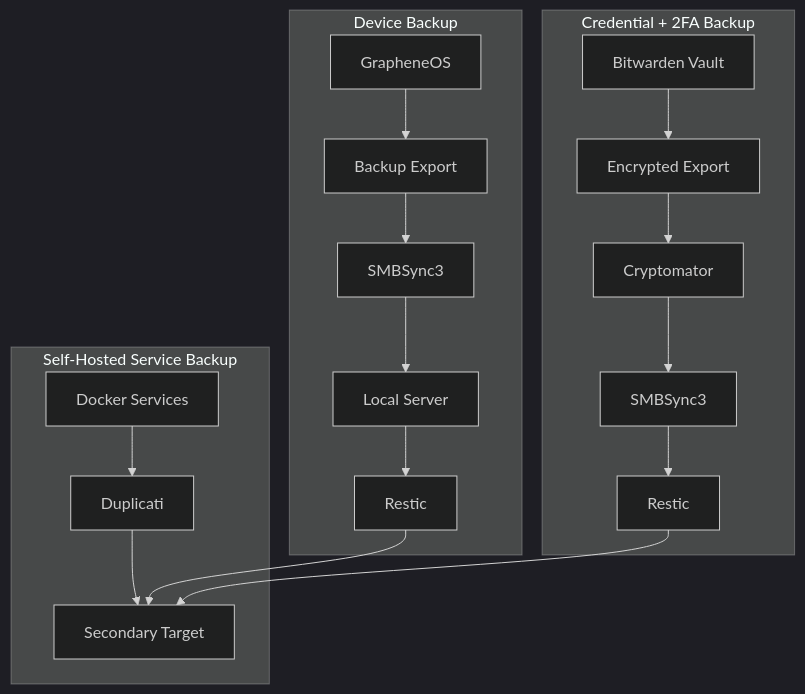
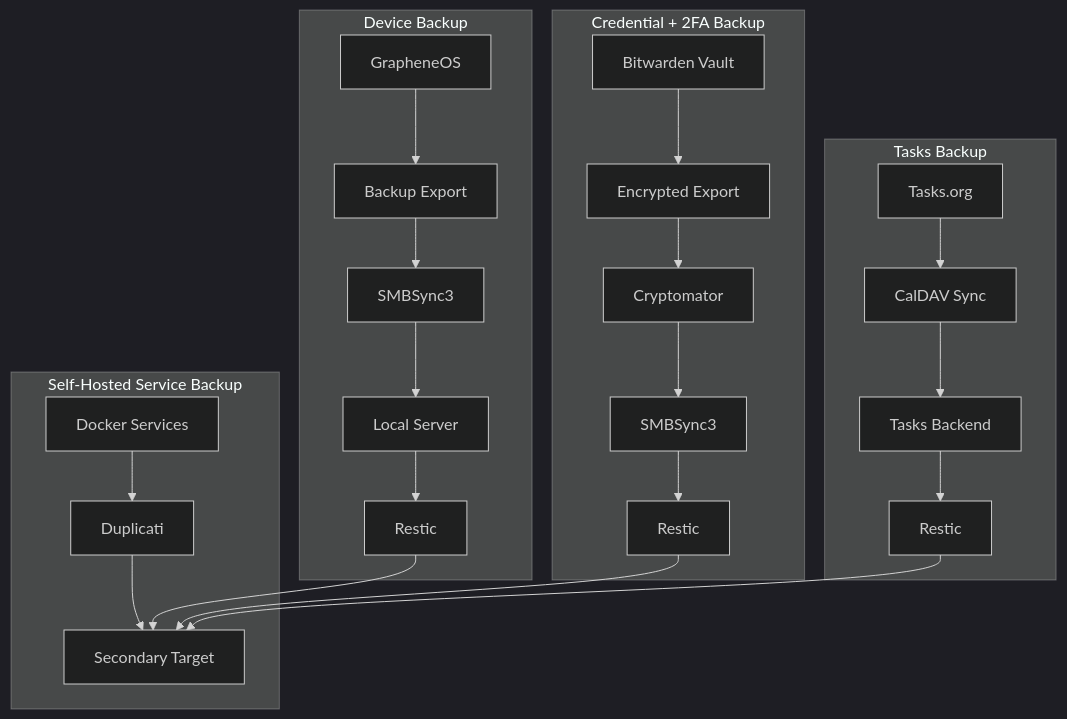
Before and after one commit to Kf1sh27/DeGoogle: the fifth of 6 diagrams in README.md, drawn with Mermaid (dark theme). The commit also changed other lines of this file, not shown here.

Commit message:
Add Tasks.org and NetGuard to architecture, replacement matrix, and threat model

````diff
--- a/README.md
+++ b/README.md
@@ -224,14 +239,18 @@
 ```mermaid
 flowchart TB
     subgraph DeviceBackup["Device Backup"]
         GOS2[GrapheneOS] --> BExport[Backup Export] --> Sync1[SMBSync3] --> Srv1[Local Server] --> R1[Restic]
+    end
+    subgraph TasksBackup["Tasks Backup"]
+        Tasks[Tasks.org] --> TasksSync[CalDAV Sync] --> TasksServer[Tasks Backend] --> R3[Restic]
     end
     subgraph CredBackup["Credential + 2FA Backup"]
         BW2[Bitwarden Vault] --> BWExport[Encrypted Export] --> Crypto[Cryptomator] --> Sync2[SMBSync3] --> R2[Restic]
     end
     subgraph ServiceBackup["Self-Hosted Service Backup"]
         Docker[Docker Services] --> Dup[Duplicati] --> Secondary[Secondary Target]
     end
     R1 --> Secondary
     R2 --> Secondary
+    R3 --> Secondary
 ```
````
